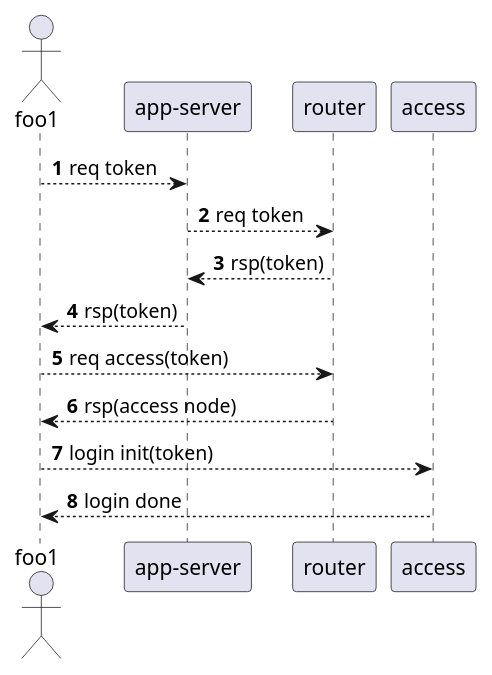
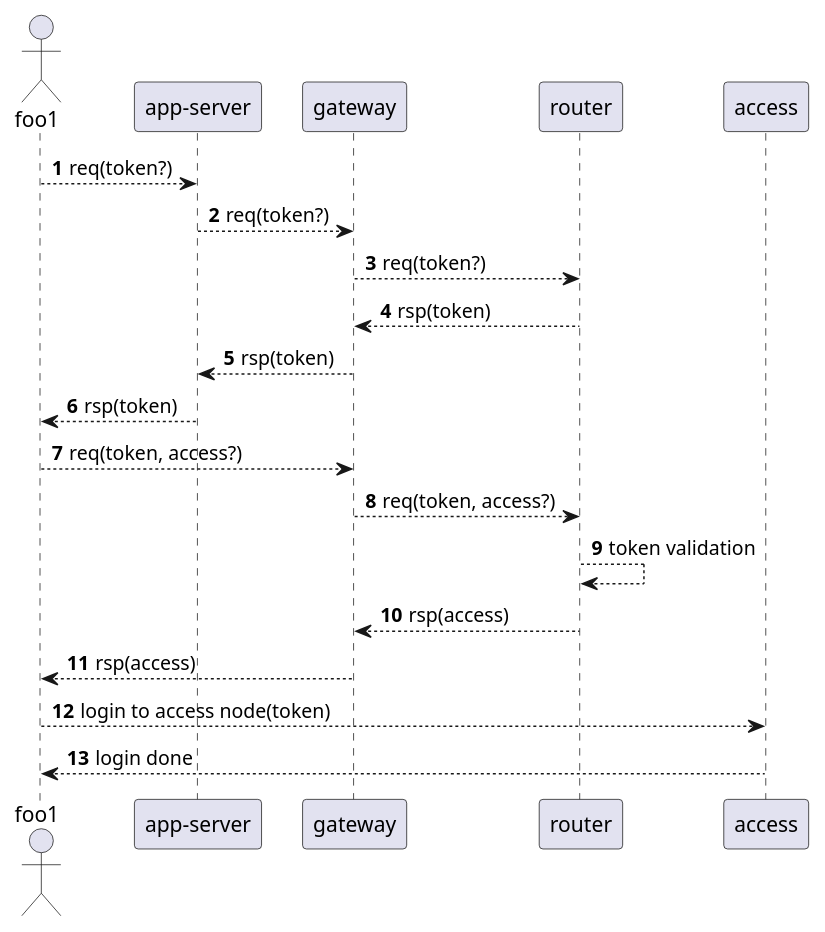
One commit to raven-im/raven changed the diagram in doc/一期设计文档/uml/access.puml. Above: the diagram before and after it, drawn with PlantUML. The commit also changed 6 other files, not shown here.

```diff
--- a/doc/一期设计文档/uml/access.puml
+++ b/doc/一期设计文档/uml/access.puml
@@ -1,18 +1,24 @@
 @startuml
 
 actor "foo1" as client
 participant "app-server" as app
-participant "router" as border
+participant "gateway" as gateway
+participant "router" as router
 participant "access"
 
 autonumber
-client --> app: req token
-app --> border: req token
-border --> app: rsp(token)
+client --> app: req(token?)
+app --> gateway: req(token?)
+gateway --> router: req(token?)
+router --> gateway: rsp(token)
+gateway --> app: rsp(token)
 app --> client: rsp(token)
-client --> border: req access(token)
-border --> client: rsp(access node)
-client --> access: login init(token)
+client --> gateway: req(token, access?)
+gateway --> router: req(token, access?)
+router --> router: token validation
+router --> gateway: rsp(access)
+gateway --> client: rsp(access)
+client --> access: login to access node(token)
 access --> client: login done
 
 @enduml
```
